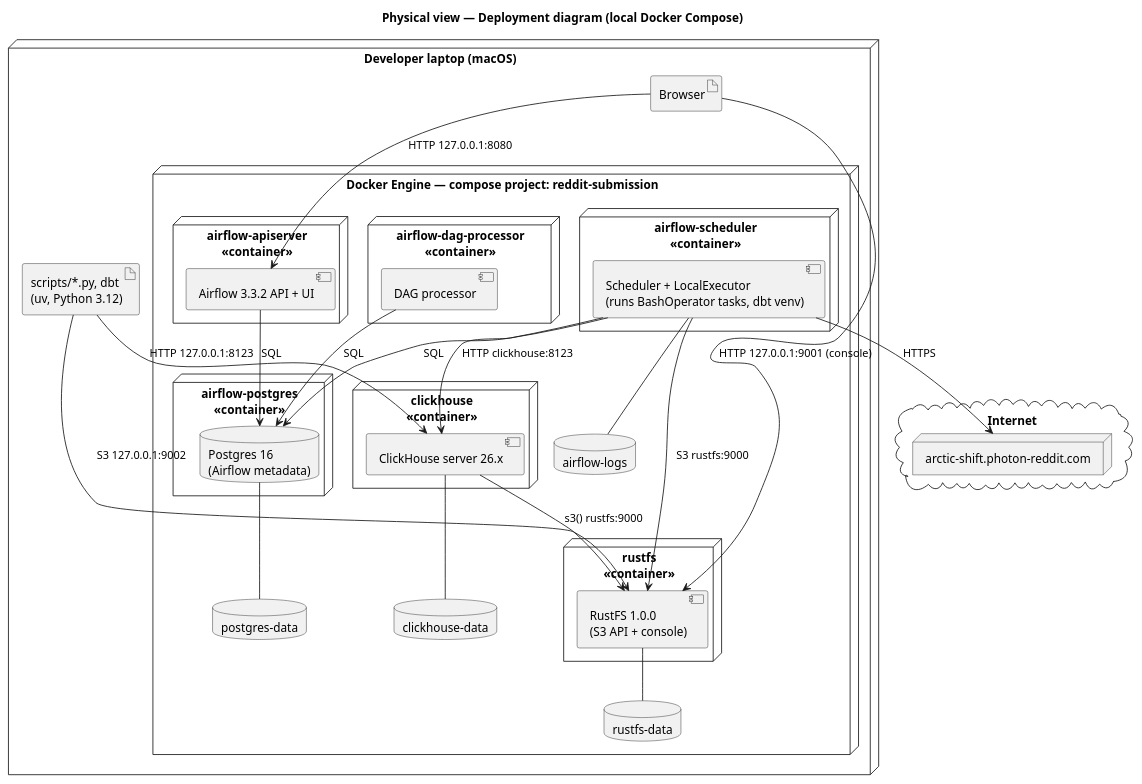
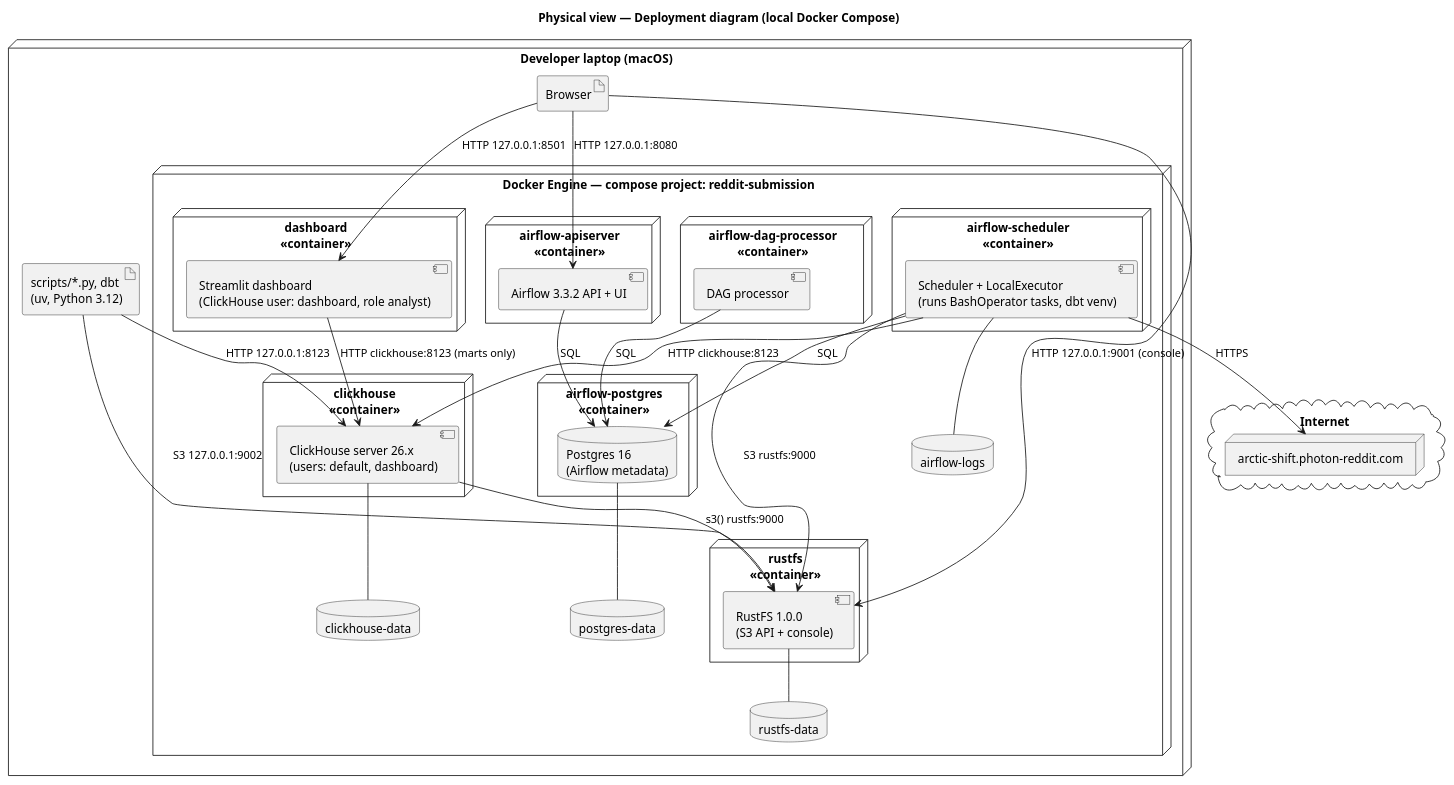
The diagram in docs/architecture/diagrams/deployment.puml (modsomjeed/reddit-dataeng), drawn with PlantUML before and after one commit. The commit also changed 16 other files, not shown here.

Commit message:
docs(architecture): update views for dashboard, governance and freshness

```diff
--- a/docs/architecture/diagrams/deployment.puml
+++ b/docs/architecture/diagrams/deployment.puml
@@ -1,55 +1,60 @@
 @startuml deployment
 title Physical view — Deployment diagram (local Docker Compose)
 skinparam shadowing false
 
 node "Developer laptop (macOS)" as laptop {
   artifact "Browser" as browser
   artifact "scripts/*.py, dbt\n(uv, Python 3.12)" as hostcli
 
   node "Docker Engine — compose project: reddit-submission" as docker {
     node "clickhouse\n<<container>>" as ch {
-      component "ClickHouse server 26.x" as chs
+      component "ClickHouse server 26.x\n(users: default, dashboard)" as chs
     }
     node "rustfs\n<<container>>" as rustfs {
       component "RustFS 1.0.0\n(S3 API + console)" as rfs
     }
     node "airflow-apiserver\n<<container>>" as api {
       component "Airflow 3.3.2 API + UI" as apis
     }
     node "airflow-scheduler\n<<container>>" as sched {
       component "Scheduler + LocalExecutor\n(runs BashOperator tasks, dbt venv)" as scheds
     }
     node "airflow-dag-processor\n<<container>>" as dagp {
       component "DAG processor" as dagps
+    }
+    node "dashboard\n<<container>>" as dash {
+      component "Streamlit dashboard\n(ClickHouse user: dashboard, role analyst)" as dashs
     }
     node "airflow-postgres\n<<container>>" as pg {
       database "Postgres 16\n(Airflow metadata)" as pgdb
     }
     database "clickhouse-data" as vch
     database "rustfs-data" as vrfs
     database "postgres-data" as vpg
     database "airflow-logs" as vlogs
   }
 }
 
 cloud "Internet" {
   node "arctic-shift.photon-reddit.com" as arctic
 }
 
 chs -- vch
 rfs -- vrfs
 pgdb -- vpg
 scheds -- vlogs
 
 browser --> apis : "HTTP 127.0.0.1:8080"
+browser --> dashs : "HTTP 127.0.0.1:8501"
+dashs --> chs : "HTTP clickhouse:8123 (marts only)"
 browser --> rfs : "HTTP 127.0.0.1:9001 (console)"
 hostcli --> chs : "HTTP 127.0.0.1:8123"
 hostcli --> rfs : "S3 127.0.0.1:9002"
 scheds --> arctic : "HTTPS"
 scheds --> rfs : "S3 rustfs:9000"
 scheds --> chs : "HTTP clickhouse:8123"
 chs --> rfs : "s3() rustfs:9000"
 scheds --> pgdb : "SQL"
 apis --> pgdb : "SQL"
 dagps --> pgdb : "SQL"
 @enduml
```
